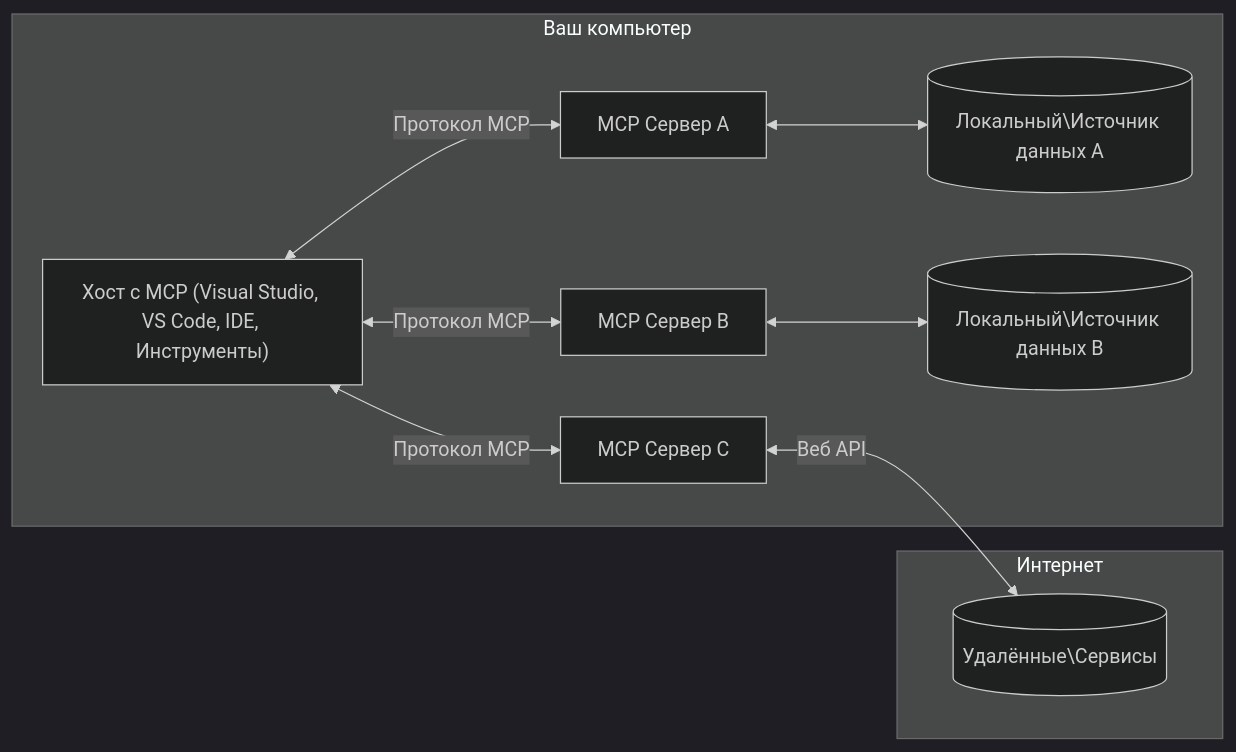
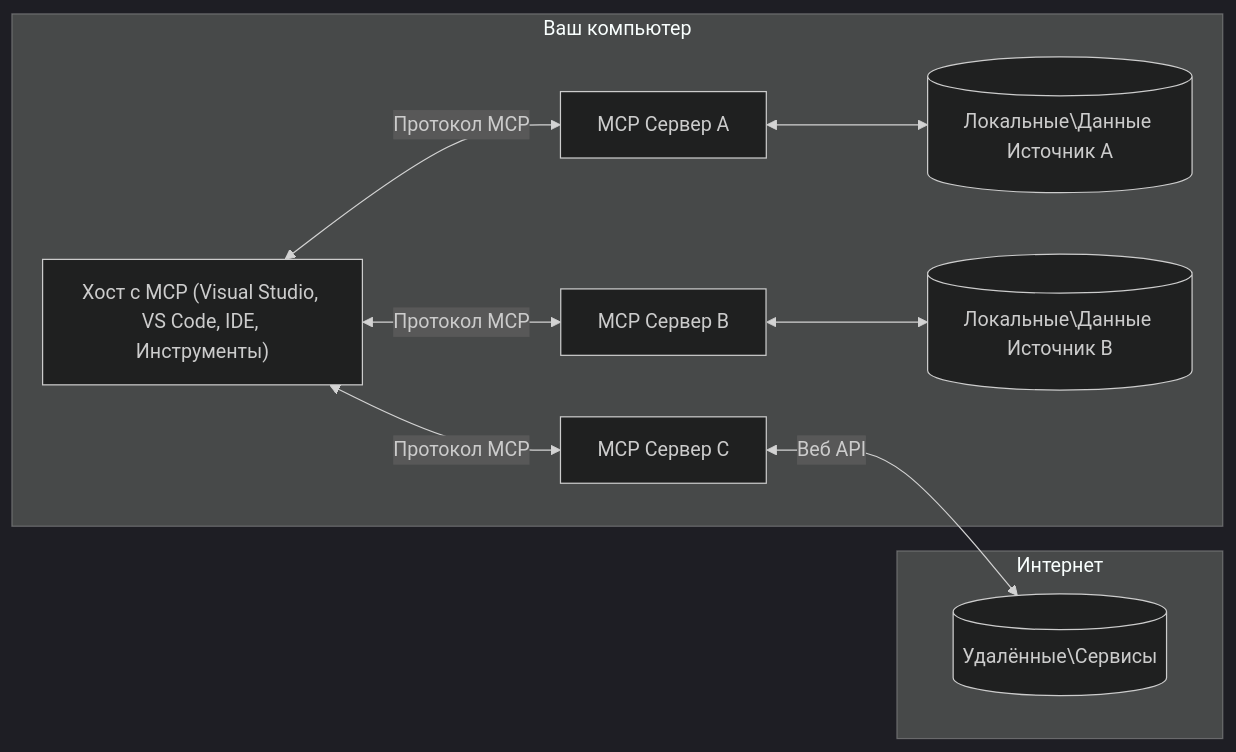
Before and after one commit to Mu-L/mcp-for-beginners: the diagram in translations/ru/01-CoreConcepts/README.md, drawn with Mermaid (dark theme). The commit also changed other lines of this file and 5 other files, not shown here.

````diff
--- a/translations/ru/01-CoreConcepts/README.md
+++ b/translations/ru/01-CoreConcepts/README.md
@@ -45,17 +45,17 @@
 ```mermaid
 flowchart LR
     subgraph "Ваш компьютер"
         Host["Хост с MCP (Visual Studio, VS Code, IDE, Инструменты)"]
         S1["MCP Сервер A"]
         S2["MCP Сервер B"]
         S3["MCP Сервер C"]
         Host <-->|"Протокол MCP"| S1
         Host <-->|"Протокол MCP"| S2
         Host <-->|"Протокол MCP"| S3
-        S1 <--> D1[("Локальный\Источник данных A")]
-        S2 <--> D2[("Локальный\Источник данных B")]
+        S1 <--> D1[("Локальные\Данные Источник A")]
+        S2 <--> D2[("Локальные\Данные Источник B")]
     end
     subgraph "Интернет"
         S3 <-->|"Веб API"| D3[("Удалённые\Сервисы")]
     end
 ```
````
